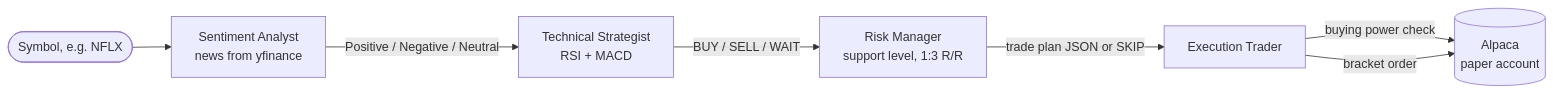
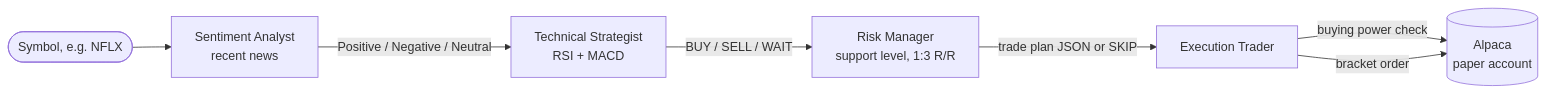
Before and after one commit to OfekZagury/Algotrading-Agents-Crew: the diagram in README.md, drawn with Mermaid. The commit also changed other lines of this file and 11 other files, not shown here.

````diff
--- a/README.md
+++ b/README.md
@@ -11,9 +11,9 @@
 ```mermaid
 flowchart LR
     S([Symbol, e.g. NFLX]) --> N
-    N[Sentiment Analyst<br/>news from yfinance] -->|Positive / Negative / Neutral| T
+    N[Sentiment Analyst<br/>recent news] -->|Positive / Negative / Neutral| T
     T[Technical Strategist<br/>RSI + MACD] -->|BUY / SELL / WAIT| R
     R[Risk Manager<br/>support level, 1:3 R/R] -->|trade plan JSON or SKIP| E
     E[Execution Trader] -->|buying power check| A[(Alpaca<br/>paper account)]
     E -->|bracket order| A
 ```
````
